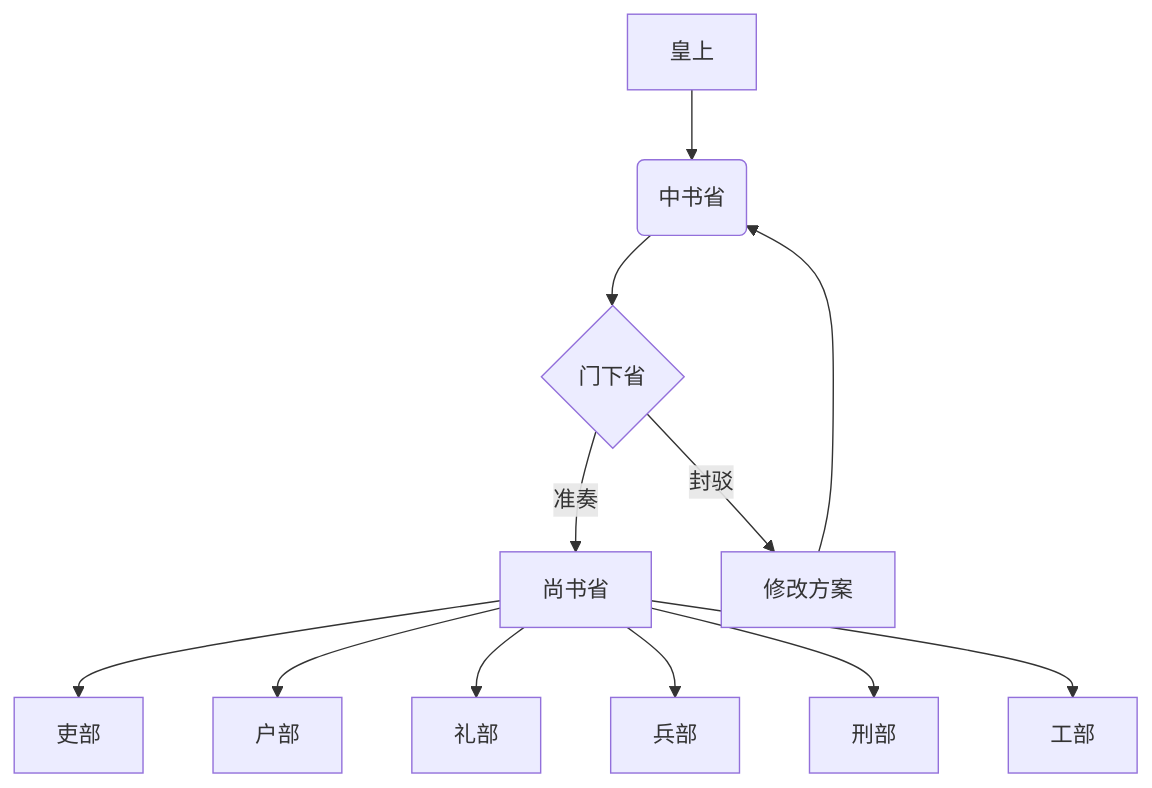
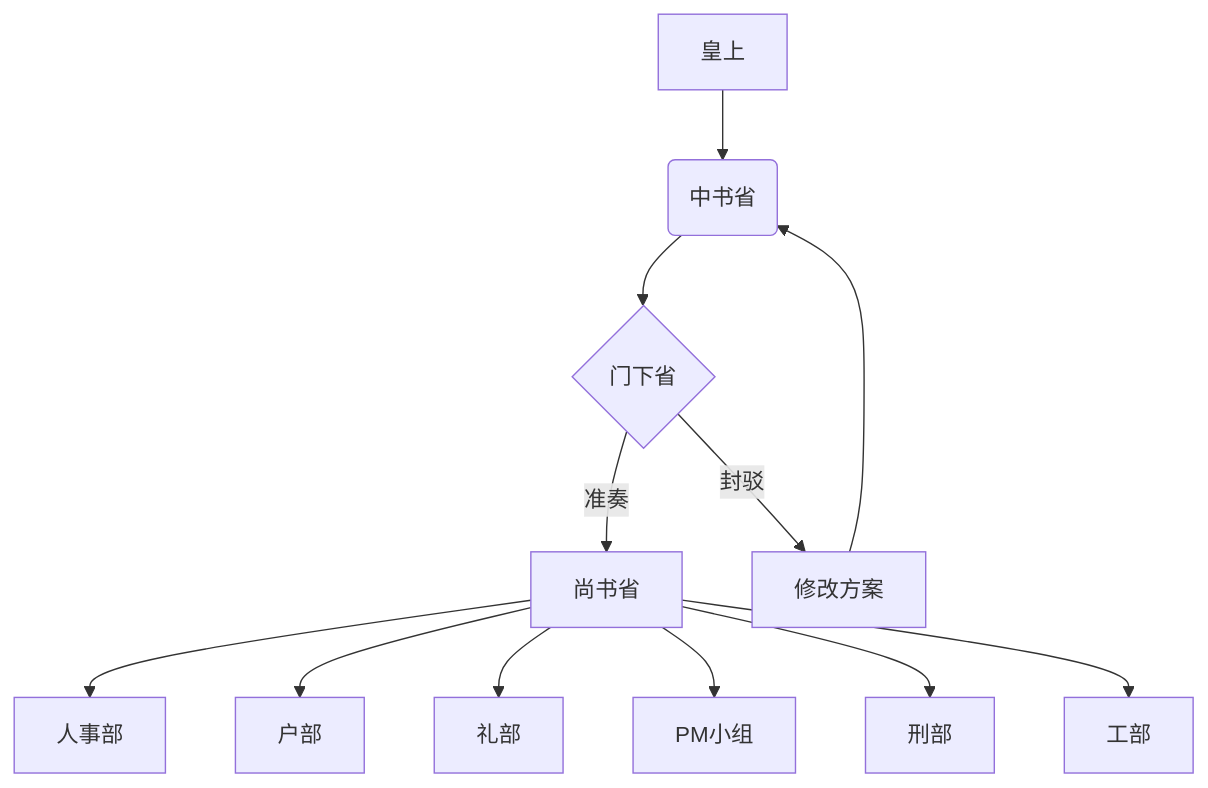
Before and after one commit to BinkerKing/edict: the diagram in README.md, drawn with Mermaid. The commit also changed other lines of this file and 80 other files, not shown here.

````diff
--- a/README.md
+++ b/README.md
@@ -53,14 +53,14 @@
 ```mermaid
 graph TD
     A[皇上] --> B(中书省)
     B --> C{门下省}
     C -->|准奏| D[尚书省]
     C -->|封驳| E[修改方案]
     E --> B
-    D --> F[吏部]
+    D --> F[人事部]
     D --> G[户部]
     D --> H[礼部]
-    D --> I[兵部]
+    D --> I[PM小组]
     D --> J[刑部]
     D --> K[工部]
 ```
````
